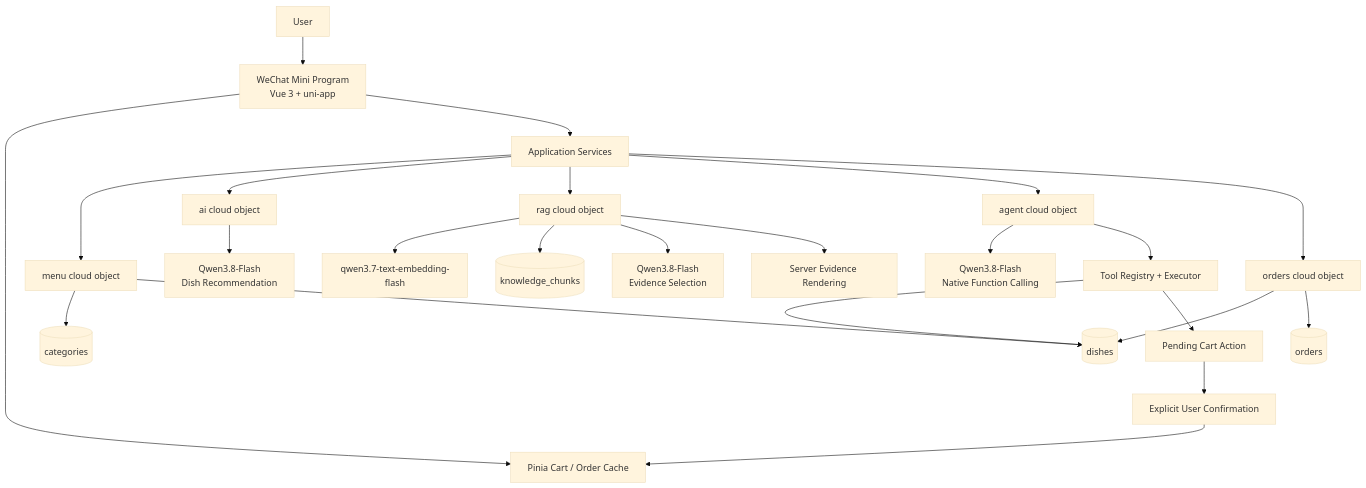
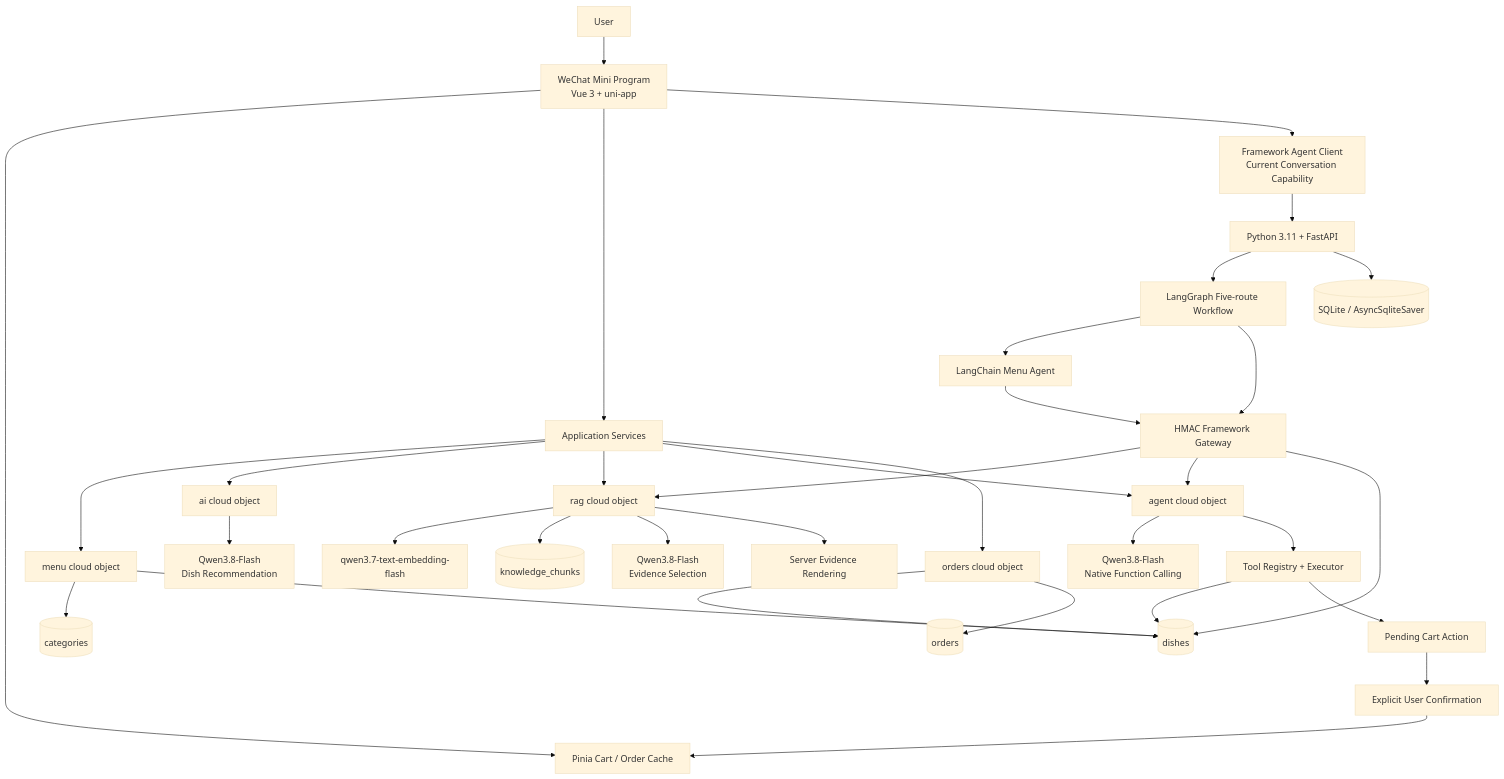
The diagram in README.md (LI-ZONGRUI/smart-ordering-agent), drawn with Mermaid (base theme) before and after one commit. The commit also changed other lines of this file and 14 other files, not shown here.

Commit message:
feat: add persistent WeChat agent conversation UI

````diff
--- a/README.md
+++ b/README.md
@@ -57,31 +58,43 @@
 ```mermaid
 graph TD
   U[User] --> W[WeChat Mini Program<br/>Vue 3 + uni-app]
   W --> P[Pinia Cart / Order Cache]
   W --> S[Application Services]
+  W --> FC[Framework Agent Client<br/>Current Conversation Capability]
+
+  FC --> FAPI[Python 3.11 + FastAPI]
+  FAPI --> LG[LangGraph Five-route Workflow]
+  FAPI --> SQL[(SQLite / AsyncSqliteSaver)]
+  LG --> LCA[LangChain Menu Agent]
+  LG --> HMAC[HMAC Framework Gateway]
+  LCA --> HMAC
 
   S --> M[menu cloud object]
   S --> A[ai cloud object]
   S --> R[rag cloud object]
   S --> G[agent cloud object]
   S --> O[orders cloud object]
+
+  HMAC --> R
+  HMAC --> G
+  HMAC --> D
 
   A --> Q1[Qwen3.8-Flash<br/>Dish Recommendation]
 
   R --> E[qwen3.7-text-embedding-flash]
   R --> K[(knowledge_chunks)]
   R --> Q2[Qwen3.8-Flash<br/>Evidence Selection]
   R --> SR[Server Evidence Rendering]
 
   G --> Q3[Qwen3.8-Flash<br/>Native Function Calling]
   G --> TR[Tool Registry + Executor]
   TR --> D[(dishes)]
   TR --> PA[Pending Cart Action]
   PA --> HC[Explicit User Confirmation]
   HC --> P
 
   M --> C[(categories)]
   M --> D
   O --> D
   O --> OD[(orders)]
 ```
````
